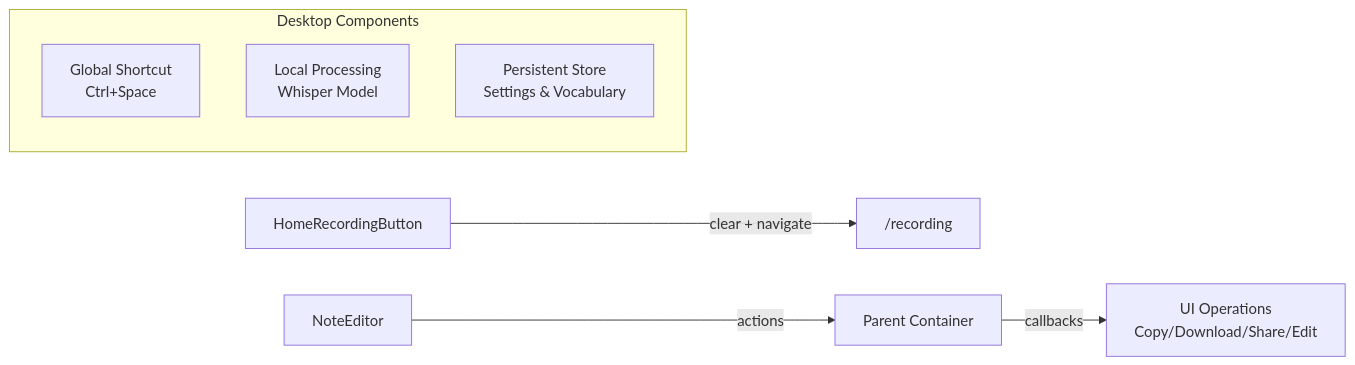
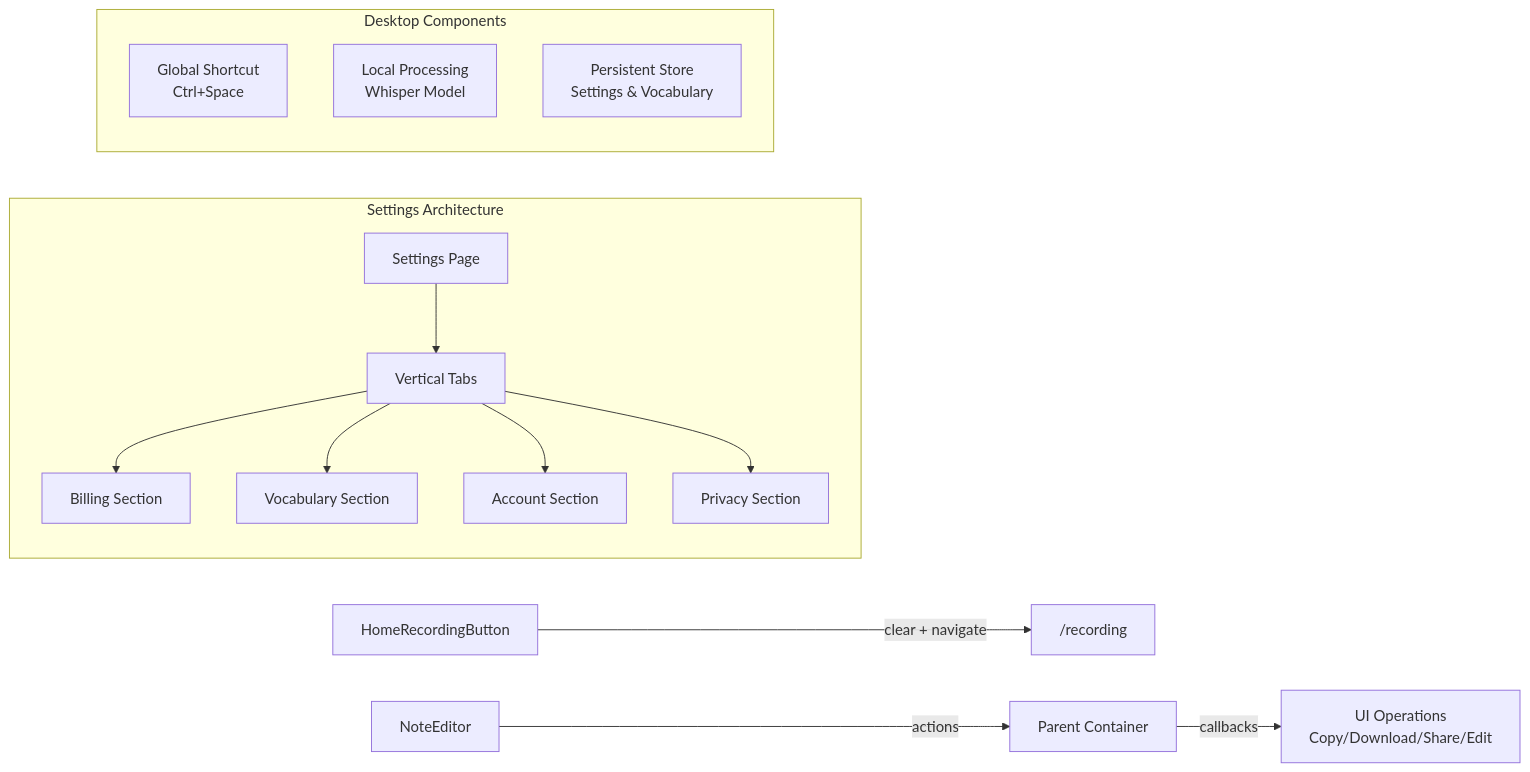
Before and after one commit to navgurukul/oscar: the seventh of 8 diagrams in .qoder/repowiki/en/content/Architecture Overview/Architecture Overview.md, drawn with Mermaid. The commit also changed other lines of this file and 9 other files, not shown here.

Commit message:
feat(settings): add multi-section settings architecture with lazy-loaded components

````diff
--- a/.qoder/repowiki/en/content/Architecture Overview/Architecture Overview.md
+++ b/.qoder/repowiki/en/content/Architecture Overview/Architecture Overview.md
@@ -383,11 +447,18 @@
 ```mermaid
 graph LR
 HRB["HomeRecordingButton"] --> |clear + navigate| REC["/recording"]
 NE["NoteEditor"] --> |actions| PARENT["Parent Container"]
 PARENT --> |callbacks| UIOPS["UI Operations<br/>Copy/Download/Share/Edit"]
+subgraph "Settings Architecture"
+SETTINGS["Settings Page"] --> TABS["Vertical Tabs"]
+TABS --> BILLING["Billing Section"]
+TABS --> VOCAB["Vocabulary Section"]
+TABS --> ACCOUNT["Account Section"]
+TABS --> PRIVACY["Privacy Section"]
+end
 subgraph "Desktop Components"
 GLOBALSHORTCUT["Global Shortcut<br/>Ctrl+Space"]
 LOCALPROCESSING["Local Processing<br/>Whisper Model"]
 STOREPLUGIN["Persistent Store<br/>Settings & Vocabulary"]
 end
 ```
````
